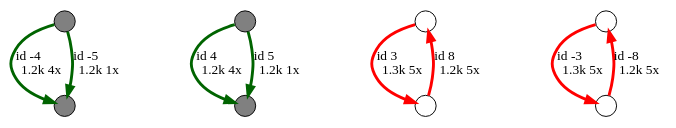
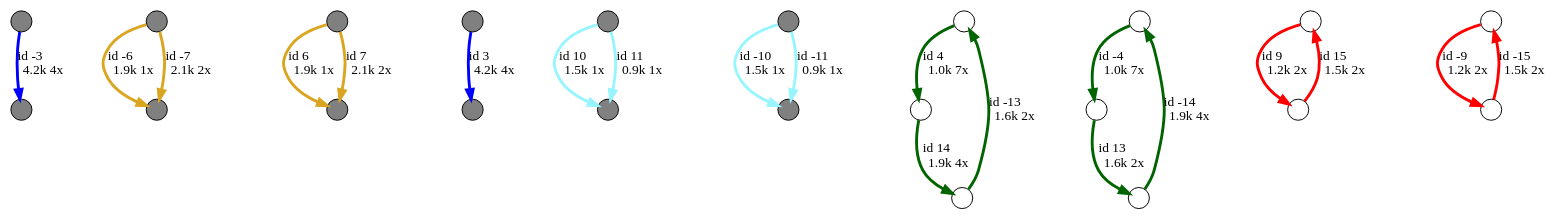
The diagram in workflow/FlyeResults/fastq_runid_211/20-repeat/graph_after_rr.gv (GuillaumeLeBerreBIT/ChimereNanoporePipeline), drawn with Graphviz before and after one commit. The commit also changed 33 other files, not shown here.

```diff
--- a/workflow/FlyeResults/fastq_runid_211/20-repeat/graph_after_rr.gv
+++ b/workflow/FlyeResults/fastq_runid_211/20-repeat/graph_after_rr.gv
@@ -1,16 +1,36 @@
 digraph {
 nodesep = 0.5;
 node [shape = circle, label = "", height = 0.3];
 "0" [style = "filled", fillcolor = "grey"];
 "1" [style = "filled", fillcolor = "grey"];
 "2" [style = "filled", fillcolor = "grey"];
 "3" [style = "filled", fillcolor = "grey"];
-"4" -> "5" [label = "id 3\l1.3k 5x", color = "red" , penwidth = 3] ;
-"6" -> "7" [label = "id -3\l1.3k 5x", color = "red" , penwidth = 3] ;
-"3" -> "2" [label = "id 4\l1.2k 4x", color = "darkgreen" , penwidth = 3] ;
-"1" -> "0" [label = "id -4\l1.2k 4x", color = "darkgreen" , penwidth = 3] ;
-"3" -> "2" [label = "id 5\l1.2k 1x", color = "darkgreen" , penwidth = 3] ;
-"1" -> "0" [label = "id -5\l1.2k 1x", color = "darkgreen" , penwidth = 3] ;
-"5" -> "4" [label = "id 8\l1.2k 5x", color = "red" , penwidth = 3] ;
-"7" -> "6" [label = "id -8\l1.2k 5x", color = "red" , penwidth = 3] ;
+"4" [style = "filled", fillcolor = "grey"];
+"5" [style = "filled", fillcolor = "grey"];
+"6" [style = "filled", fillcolor = "grey"];
+"7" [style = "filled", fillcolor = "grey"];
+"8" [style = "filled", fillcolor = "grey"];
+"9" [style = "filled", fillcolor = "grey"];
+"10" [style = "filled", fillcolor = "grey"];
+"11" [style = "filled", fillcolor = "grey"];
+"7" -> "3" [label = "id 3\l4.2k 4x", color = "blue" , penwidth = 3] ;
+"0" -> "11" [label = "id -3\l4.2k 4x", color = "blue" , penwidth = 3] ;
+"12" -> "13" [label = "id 4\l1.0k 7x", color = "darkgreen" , penwidth = 3] ;
+"14" -> "15" [label = "id -4\l1.0k 7x", color = "darkgreen" , penwidth = 3] ;
+"5" -> "2" [label = "id 6\l1.9k 1x", color = "goldenrod" , penwidth = 3] ;
+"1" -> "4" [label = "id -6\l1.9k 1x", color = "goldenrod" , penwidth = 3] ;
+"5" -> "2" [label = "id 7\l2.1k 2x", color = "goldenrod" , penwidth = 3] ;
+"1" -> "4" [label = "id -7\l2.1k 2x", color = "goldenrod" , penwidth = 3] ;
+"16" -> "17" [label = "id 9\l1.2k 2x", color = "red" , penwidth = 3] ;
+"18" -> "19" [label = "id -9\l1.2k 2x", color = "red" , penwidth = 3] ;
+"8" -> "6" [label = "id 10\l1.5k 1x", color = "cadetblue1" , penwidth = 3] ;
+"10" -> "9" [label = "id -10\l1.5k 1x", color = "cadetblue1" , penwidth = 3] ;
+"8" -> "6" [label = "id 11\l0.9k 1x", color = "cadetblue1" , penwidth = 3] ;
+"10" -> "9" [label = "id -11\l0.9k 1x", color = "cadetblue1" , penwidth = 3] ;
+"15" -> "20" [label = "id 13\l1.6k 2x", color = "darkgreen" , penwidth = 3] ;
+"21" -> "12" [label = "id -13\l1.6k 2x", color = "darkgreen" , penwidth = 3] ;
+"13" -> "21" [label = "id 14\l1.9k 4x", color = "darkgreen" , penwidth = 3] ;
+"20" -> "14" [label = "id -14\l1.9k 4x", color = "darkgreen" , penwidth = 3] ;
+"17" -> "16" [label = "id 15\l1.5k 2x", color = "red" , penwidth = 3] ;
+"19" -> "18" [label = "id -15\l1.5k 2x", color = "red" , penwidth = 3] ;
 }
```
